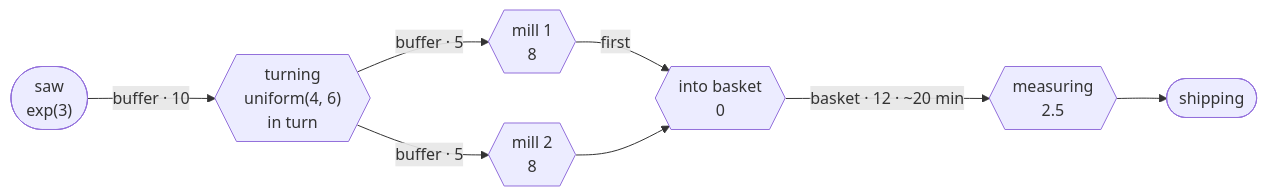
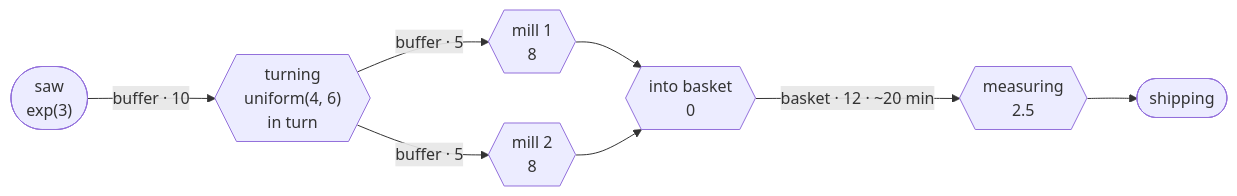
Before and after one commit to s0582346/SimTrace: the diagram in examples/gear-shaft-line.md, drawn with Mermaid.

Commit message:
Fix flowchart syntax in gear shaft line example for clarity

````diff
--- a/examples/gear-shaft-line.md
+++ b/examples/gear-shaft-line.md
@@ -57,14 +57,14 @@
 ```mermaid
 flowchart LR
     saege(["saw<br/>exp(3)"]) -->|"buffer · 10"| drehen{{"turning<br/>uniform(4, 6)<br/>in turn"}}
 
     drehen -->|"buffer · 5"| fraese1{{"mill 1<br/>8"}}
     drehen -->|"buffer · 5"| fraese2{{"mill 2<br/>8"}}
 
-    fraese1 -->|"first"| einlegen{{"into basket<br/>0"}}
+    fraese1 --> einlegen{{"into basket<br/>0"}}
     fraese2 --> einlegen
 
     einlegen -->|"basket · 12 · ~20 min"| messen{{"measuring<br/>2.5"}}
 
     messen --> versand(["shipping"])
 ```
````
